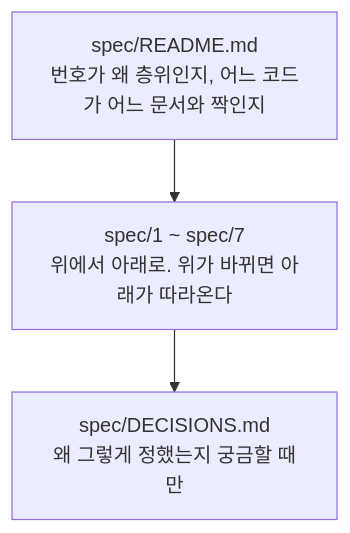
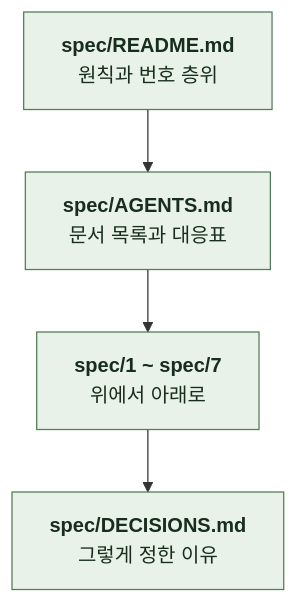
The diagram in docs/README.md (kangkyunghyun/LinKHU), drawn with Mermaid before and after one commit. The commit also changed other lines of this file and 42 other files, not shown here.

````diff
--- a/docs/README.md
+++ b/docs/README.md
@@ -22,6 +22,13 @@
 ```mermaid
 flowchart TD
-    A["spec/README.md<br>번호가 왜 층위인지, 어느 코드가 어느 문서와 짝인지"]
-    A --> B["spec/1 ~ spec/7<br>위에서 아래로. 위가 바뀌면 아래가 따라온다"]
-    B --> C["spec/DECISIONS.md<br>왜 그렇게 정했는지 궁금할 때만"]
+    A["`**spec/README.md**
+원칙과 번호 층위`"]
+    A --> B["`**spec/AGENTS.md**
+문서 목록과 대응표`"]
+    B --> C["`**spec/1 ~ spec/7**
+위에서 아래로`"]
+    C --> D["`**spec/DECISIONS.md**
+그렇게 정한 이유`"]
+    classDef comp fill:#E8F2E8,stroke:#527A59,color:#182D1D
+    class A,B,C,D comp
 ```
````
